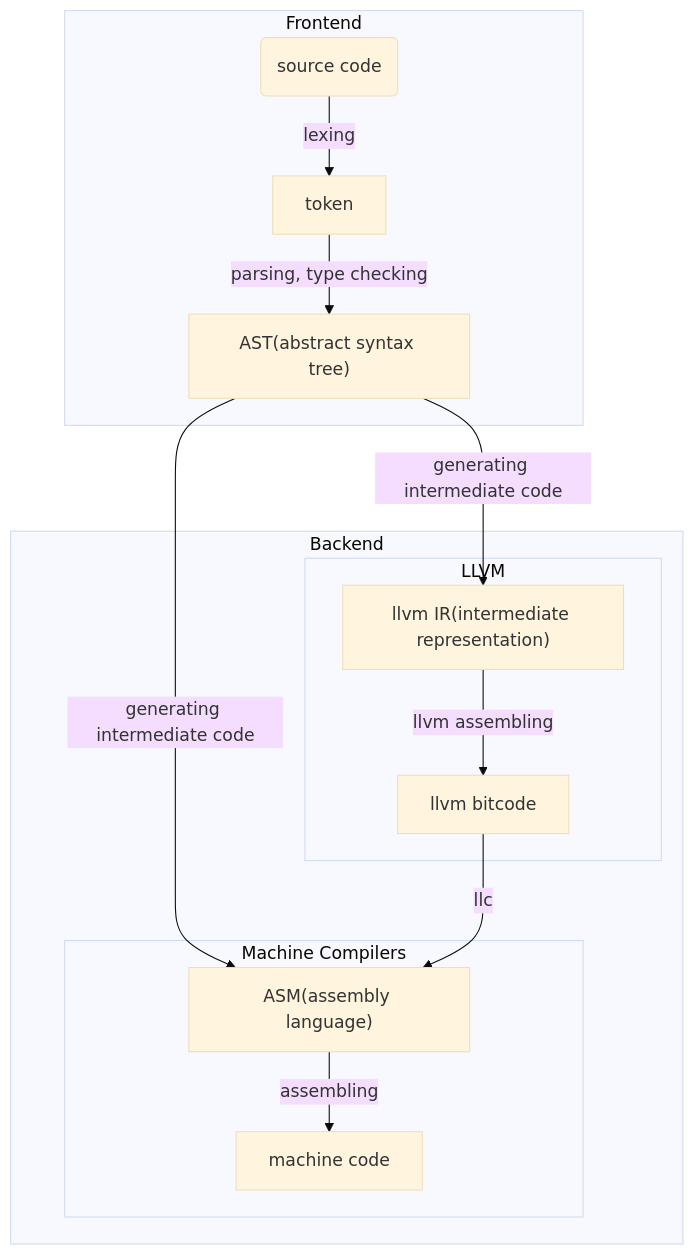
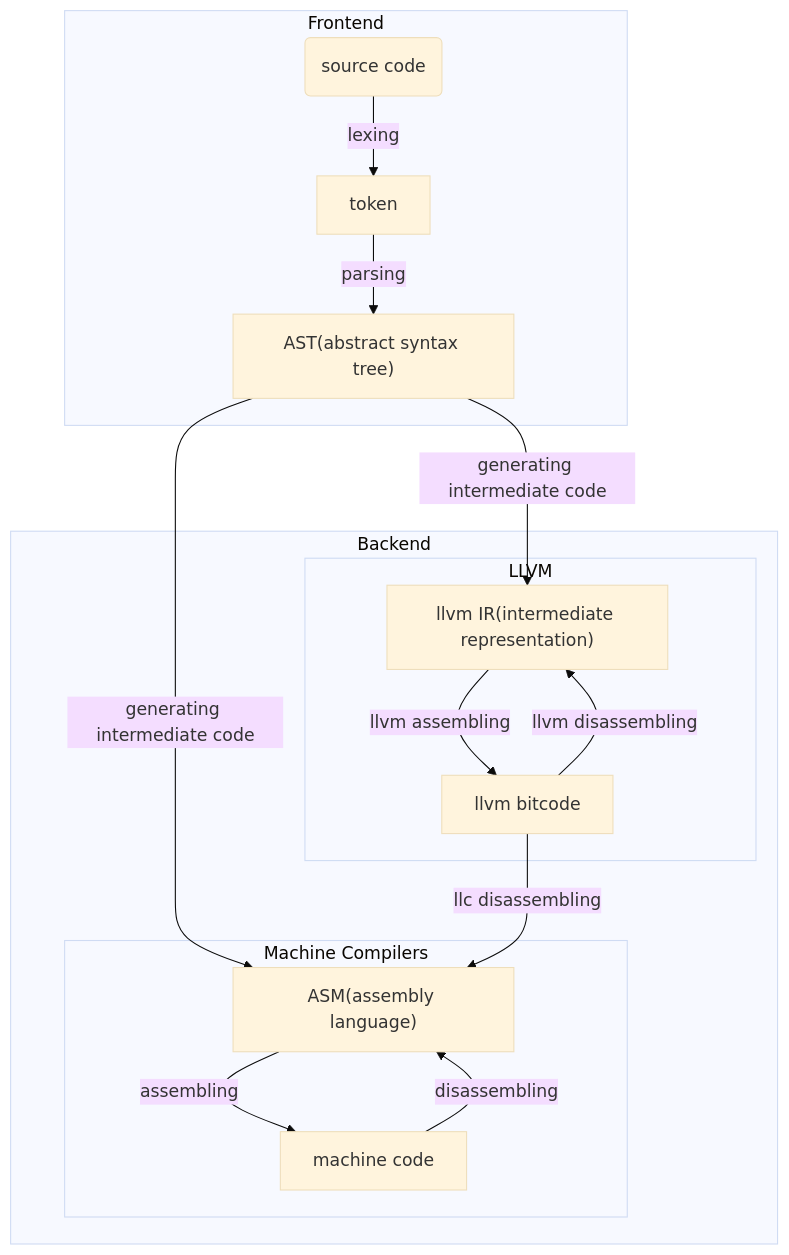
The diagram in README.MD (BenQuickDeNN/Kaleidoscope), drawn with Mermaid (base theme) before and after one commit. The commit also changed 8 other files, not shown here.

````diff
--- a/README.MD
+++ b/README.MD
@@ -48,18 +48,20 @@
 ```mermaid
 graph TD;
     subgraph Frontend
         Src("source code")--lexing-->Token["token"]
-        Token--parsing, type checking-->AST["AST(abstract syntax tree)"]
+        Token--parsing-->AST["AST(abstract syntax tree)"]
     end
     subgraph Backend
         subgraph LLVM
             AST--generating intermediate code-->IR["llvm IR(intermediate representation)"]
             IR--llvm assembling-->BC["llvm bitcode"]
+            BC--llvm disassembling-->IR
         end
         subgraph Machine Compilers
             AST--generating intermediate code-->ASM["ASM(assembly language)"]
             ASM--assembling-->MC["machine code"]
-            BC--llc-->ASM
+            MC--disassembling-->ASM
+            BC--llc disassembling-->ASM
         end
     end
 ```
````
